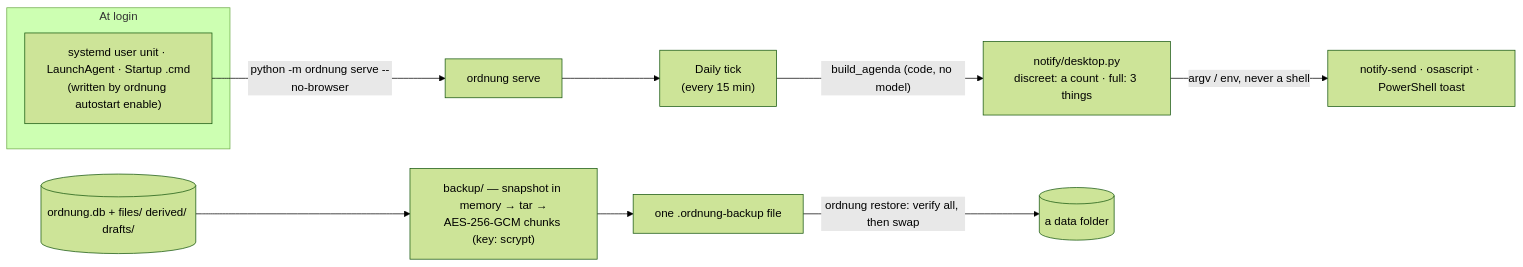
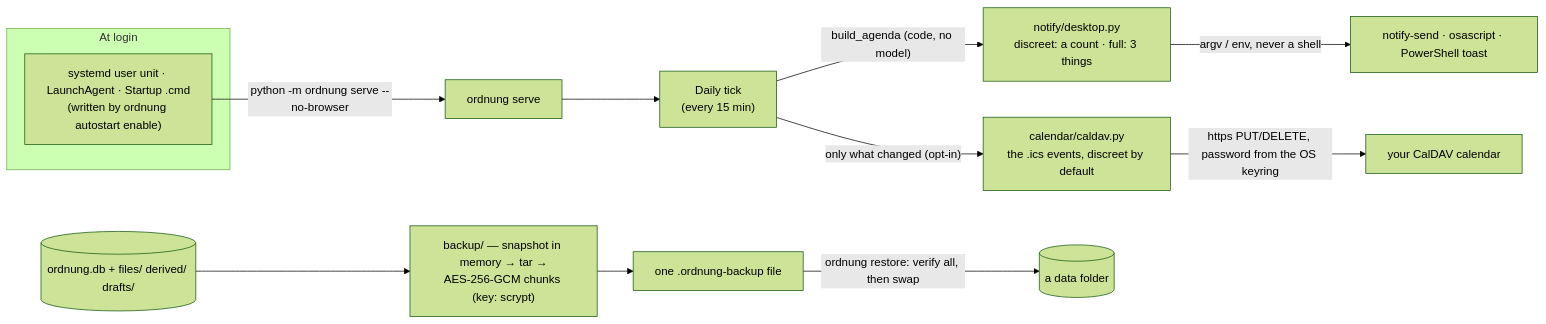
Before and after one commit to ahmedEid1/ordnung: the fifth of 6 diagrams in docs/architecture.md, drawn with Mermaid (forest theme). The commit also changed other lines of this file and 3 other files, not shown here.

First line of the commit message:
Docs: calendar sync (SPEC, architecture, privacy, ADR 0013)

````diff
--- a/docs/architecture.md
+++ b/docs/architecture.md
@@ -183,13 +184,15 @@
 ```mermaid
 flowchart LR
   subgraph login["At login"]
     AS["systemd user unit · LaunchAgent · Startup .cmd<br/>(written by ordnung autostart enable)"]
   end
   AS -->|"python -m ordnung serve --no-browser"| SRV["ordnung serve"]
   SRV --> TICK["Daily tick<br/>(every 15 min)"]
   TICK -->|"build_agenda (code, no model)"| NOTE["notify/desktop.py<br/>discreet: a count · full: 3 things"]
   NOTE -->|"argv / env, never a shell"| OS["notify-send · osascript · PowerShell toast"]
+  TICK -->|"only what changed (opt-in)"| CAL["calendar/caldav.py<br/>the .ics events, discreet by default"]
+  CAL -->|"https PUT/DELETE, password from the OS keyring"| DAV["your CalDAV calendar"]
   DB[("ordnung.db + files/ derived/ drafts/")] --> BK["backup/ — snapshot in memory → tar →<br/>AES-256-GCM chunks (key: scrypt)"]
   BK --> FILE["one .ordnung-backup file"]
   FILE -->|"ordnung restore: verify all, then swap"| DB2[("a data folder")]
 ```
````
